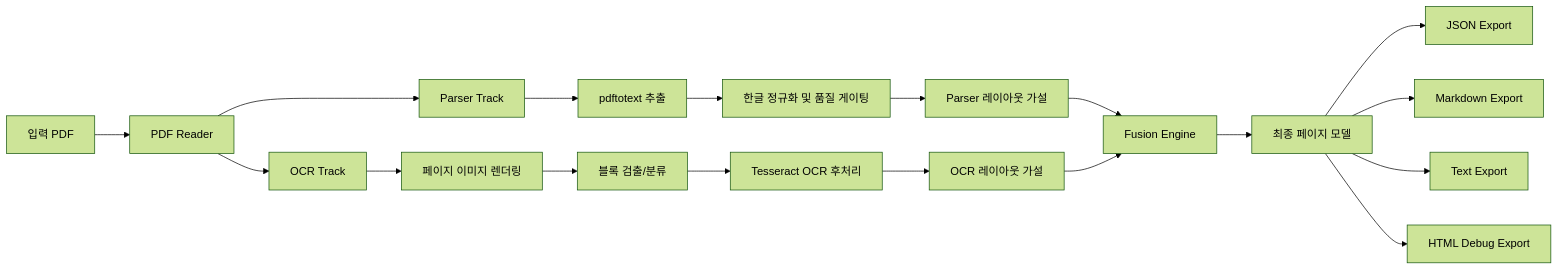
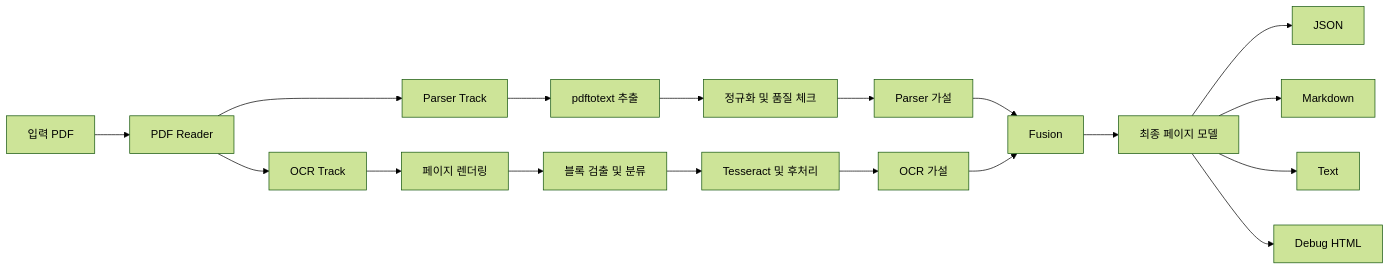
The diagram in docs/README.ko.md (zeetee1235/DocStruct), drawn with Mermaid (forest theme) before and after one commit. The commit also changed other lines of this file and 3 other files, not shown here.

````diff
--- a/docs/README.ko.md
+++ b/docs/README.ko.md
@@ -28,25 +115,25 @@
 ```mermaid
 flowchart LR
     A[입력 PDF] --> B[PDF Reader]
 
     B --> C[Parser Track]
     B --> D[OCR Track]
 
     C --> C1[pdftotext 추출]
-    C1 --> C2[한글 정규화 및 품질 게이팅]
-    C2 --> C3[Parser 레이아웃 가설]
+    C1 --> C2[정규화 및 품질 체크]
+    C2 --> C3[Parser 가설]
 
-    D --> D1[페이지 이미지 렌더링]
-    D1 --> D2[블록 검출/분류]
-    D2 --> D3[Tesseract OCR 후처리]
-    D3 --> D4[OCR 레이아웃 가설]
+    D --> D1[페이지 렌더링]
+    D1 --> D2[블록 검출 및 분류]
+    D2 --> D3[Tesseract 및 후처리]
+    D3 --> D4[OCR 가설]
 
-    C3 --> E[Fusion Engine]
+    C3 --> E[Fusion]
     D4 --> E
 
     E --> F[최종 페이지 모델]
-    F --> G1[JSON Export]
-    F --> G2[Markdown Export]
-    F --> G3[Text Export]
-    F --> G4[HTML Debug Export]
+    F --> G1[JSON]
+    F --> G2[Markdown]
+    F --> G3[Text]
+    F --> G4[Debug HTML]
 ```
````
